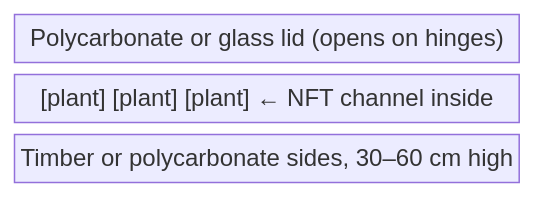
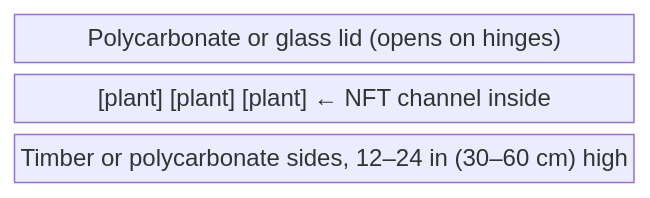
One commit to UncleJS/guide_hydroponics changed the ninth of 11 diagrams in guide/nft/10-climate-management.md. Above: the diagram before and after it, drawn with Mermaid. The commit also changed other lines of this file and 35 other files, not shown here.

````diff
--- a/guide/nft/10-climate-management.md
+++ b/guide/nft/10-climate-management.md
@@ -711,7 +740,7 @@
 ```mermaid
 block-beta
     columns 1
     lid["Polycarbonate or glass lid (opens on hinges)"]
     interior["[plant]   [plant]   [plant]   ← NFT channel inside"]
-    sides["Timber or polycarbonate sides, 30–60 cm high"]
+    sides["Timber or polycarbonate sides, 12–24 in (30–60 cm) high"]
 ```
````
